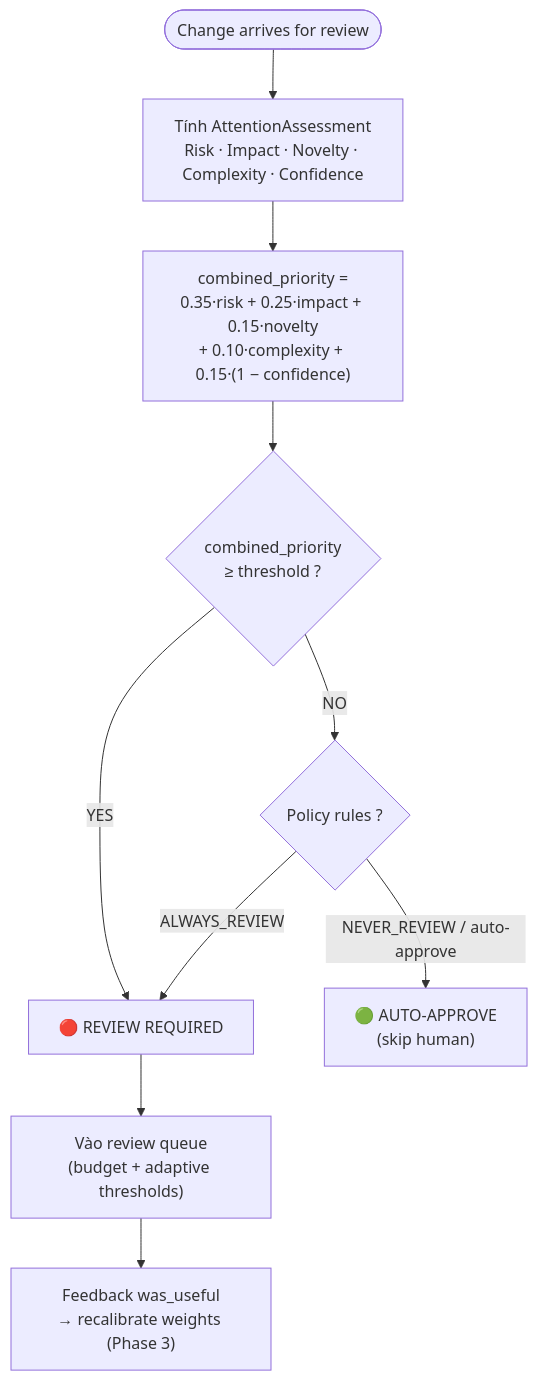
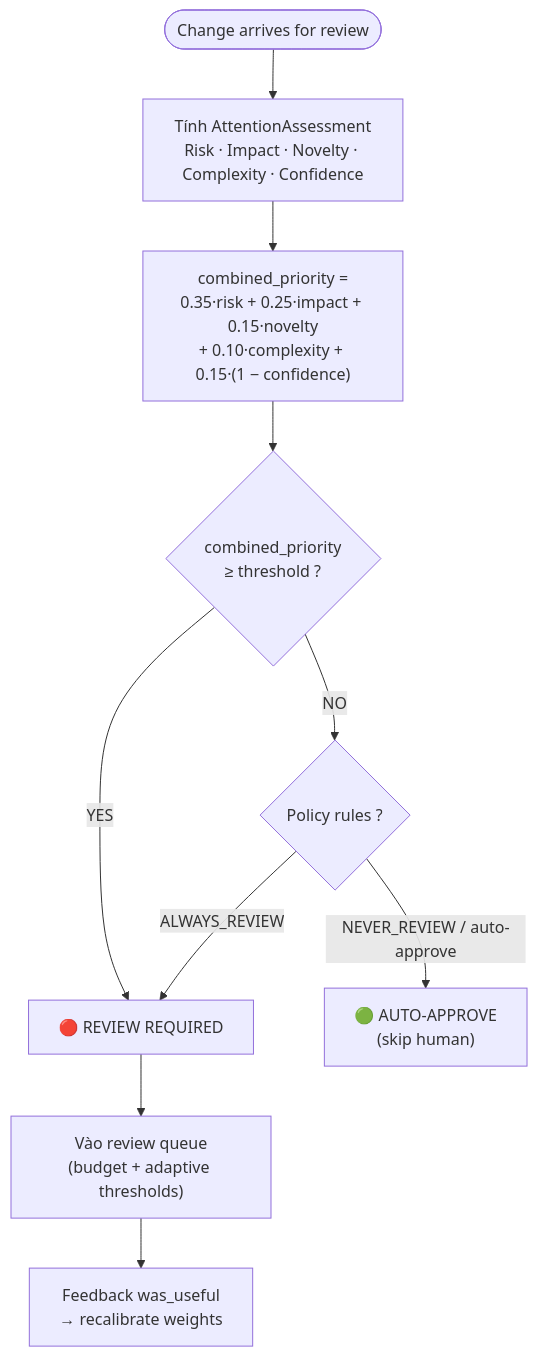
The fifth of 7 diagrams in docs/summary/HAI_flow.md (nbhson/app-human-attention-infrastructure), drawn with Mermaid before and after one commit. The commit also changed other lines of this file and 39 other files, not shown here.

First line of the commit message:
docs(architecture): rename spec to v0.6; unify package grouping

````diff
--- a/docs/summary/HAI_flow.md
+++ b/docs/summary/HAI_flow.md
@@ -160,15 +160,15 @@
 ```mermaid
 flowchart TB
     IN2(["Change arrives for review"]) --> CALC["Tính AttentionAssessment<br/>Risk · Impact · Novelty · Complexity · Confidence"]
 
     CALC --> FORMULA["combined_priority =<br/>0.35·risk + 0.25·impact + 0.15·novelty<br/>+ 0.10·complexity + 0.15·(1 − confidence)"]
 
     FORMULA --> D{"combined_priority<br/>≥ threshold ?"}
     D -- "YES" --> REQ["🔴 REVIEW REQUIRED"]
     D -- "NO" --> POL{"Policy rules ?"}
     POL -- "ALWAYS_REVIEW" --> REQ
     POL -- "NEVER_REVIEW / auto-approve" --> AUTO["🟢 AUTO-APPROVE<br/>(skip human)"]
 
     REQ --> QUEUE["Vào review queue<br/>(budget + adaptive thresholds)"]
-    QUEUE --> FEED["Feedback was_useful<br/>→ recalibrate weights (Phase 3)"]
+    QUEUE --> FEED["Feedback was_useful<br/>→ recalibrate weights"]
 ```
````
